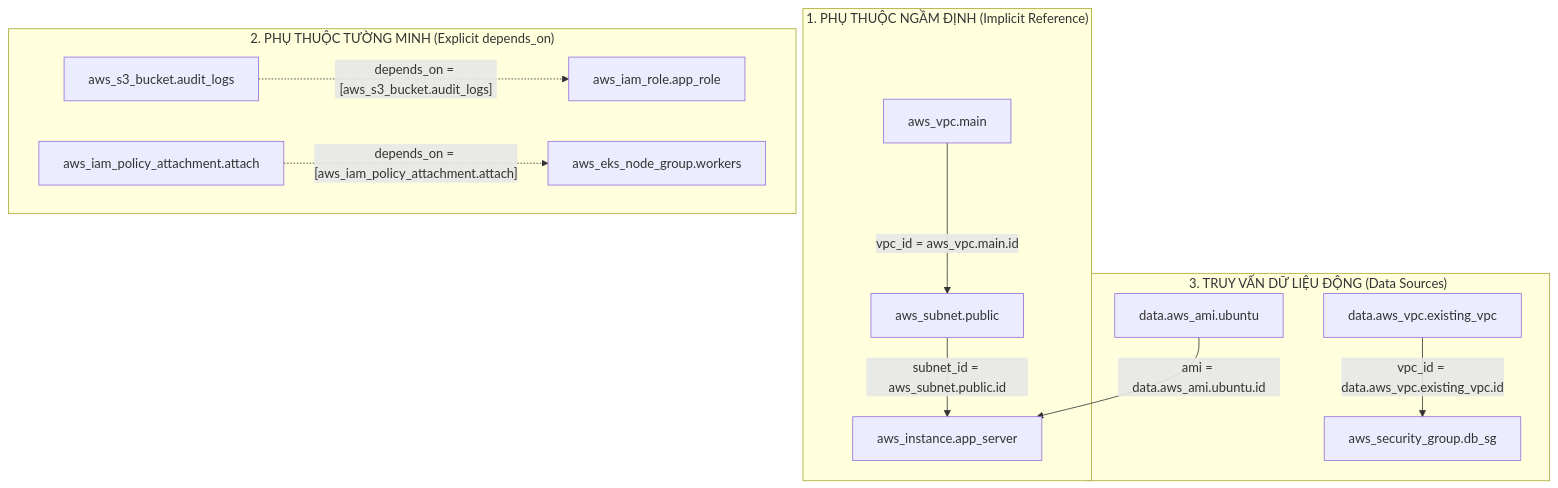
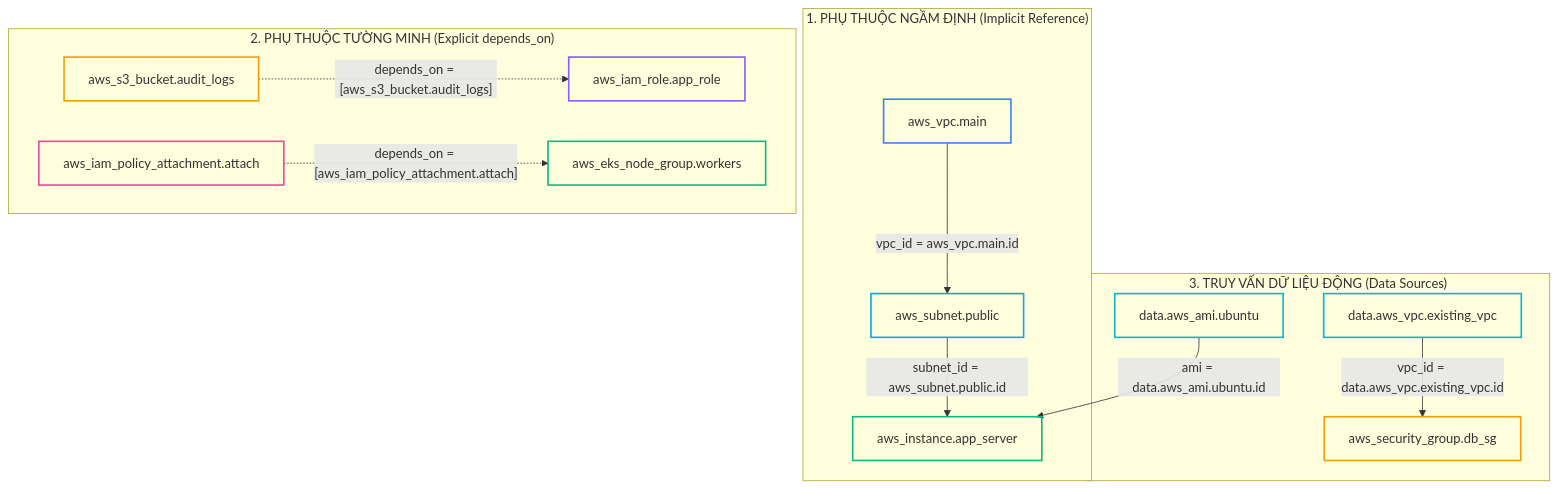
The first of 2 diagrams in _posts/2026-09-13-terraform-04-04-dependency-graph-dag-quan-ly-phu-thuoc-tuong-minh-ngam-dinh.md (kiennt308/ntk), drawn with Mermaid before and after one commit. The commit also changed other lines of this file, not shown here.

Commit message:
style(terraform-04): enhance presentation standards, tailor tldr, lab table badges, and mermaid styling

````diff
--- a/_posts/2026-09-13-terraform-04-04-dependency-graph-dag-quan-ly-phu-thuoc-tuong-minh-ngam-dinh.md
+++ b/_posts/2026-09-13-terraform-04-04-dependency-graph-dag-quan-ly-phu-thuoc-tuong-minh-ngam-dinh.md
@@ -38,19 +38,28 @@
 ```mermaid
 graph TD
     subgraph IMPLICIT["1. PHỤ THUỘC NGẦM ĐỊNH (Implicit Reference)"]
         VPC["aws_vpc.main"] -->|"vpc_id = aws_vpc.main.id"| SUB["aws_subnet.public"]
         SUB -->|"subnet_id = aws_subnet.public.id"| EC2["aws_instance.app_server"]
     end
 
     subgraph EXPLICIT["2. PHỤ THUỘC TƯỜNG MINH (Explicit depends_on)"]
         S3["aws_s3_bucket.audit_logs"] -.->|"depends_on = [aws_s3_bucket.audit_logs]"| ROLE["aws_iam_role.app_role"]
         POLICY["aws_iam_policy_attachment.attach"] -.->|"depends_on = [aws_iam_policy_attachment.attach]"| EKS_NODES["aws_eks_node_group.workers"]
     end
 
     subgraph DATA_SRC["3. TRUY VẤN DỮ LIỆU ĐỘNG (Data Sources)"]
         AWS_AMI["data.aws_ami.ubuntu"] -->|"ami = data.aws_ami.ubuntu.id"| EC2
         AWS_VPC["data.aws_vpc.existing_vpc"] -->|"vpc_id = data.aws_vpc.existing_vpc.id"| SG["aws_security_group.db_sg"]
     end
 
-
+    style VPC fill:none,stroke:#3b82f6,stroke-width:2px
+    style SUB fill:none,stroke:#0ea5e9,stroke-width:2px
+    style EC2 fill:none,stroke:#10b981,stroke-width:2px
+    style S3 fill:none,stroke:#f59e0b,stroke-width:2px
+    style ROLE fill:none,stroke:#8b5cf6,stroke-width:2px
+    style POLICY fill:none,stroke:#ec4899,stroke-width:2px
+    style EKS_NODES fill:none,stroke:#10b981,stroke-width:2px
+    style AWS_AMI fill:none,stroke:#06b6d4,stroke-width:2px
+    style AWS_VPC fill:none,stroke:#06b6d4,stroke-width:2px
+    style SG fill:none,stroke:#f59e0b,stroke-width:2px
 ```
````
